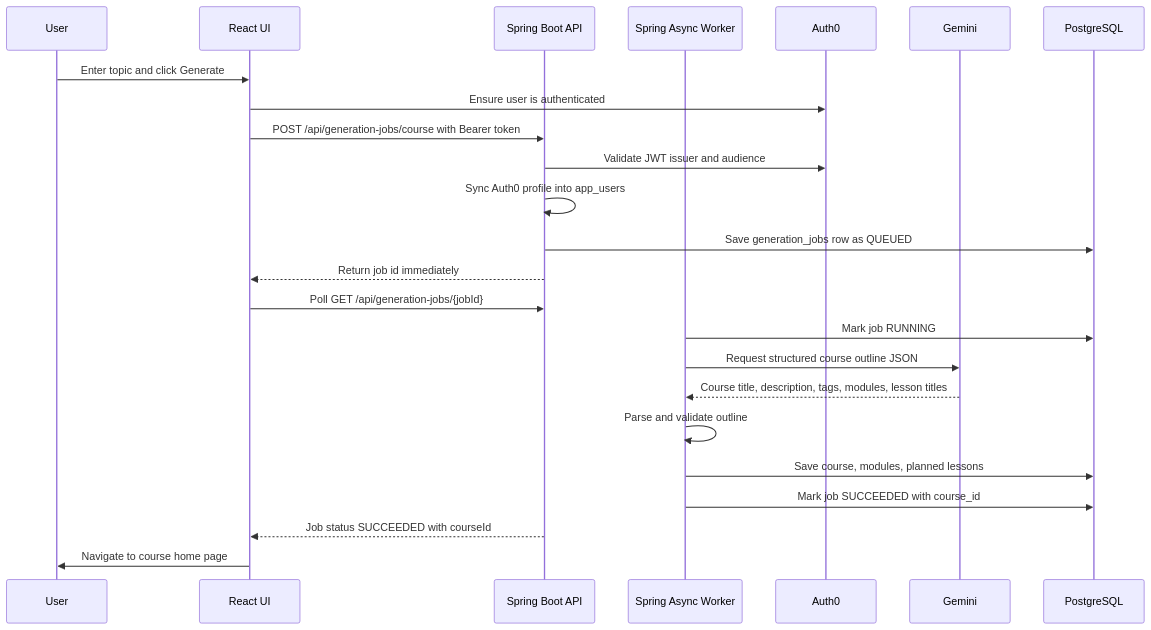
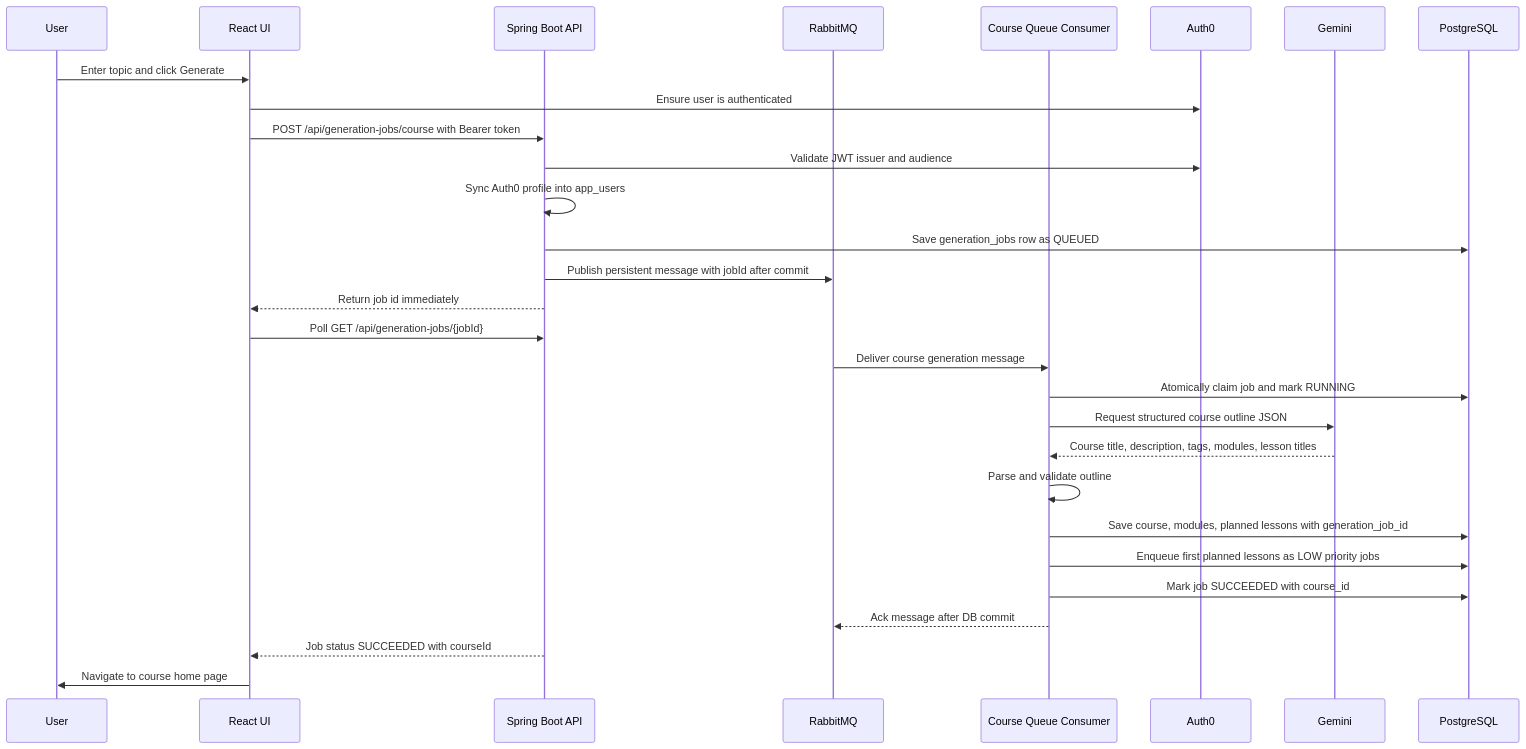
The second of 8 diagrams in README.md (abhinav1karthik/Text-to-Learn-AI), drawn with Mermaid before and after one commit. The commit also changed other lines of this file, not shown here.

Commit message:
Document queue-backed generation architecture

````diff
--- a/README.md
+++ b/README.md
@@ -75,27 +81,32 @@
 ```mermaid
 sequenceDiagram
     participant U as User
     participant UI as React UI
     participant API as Spring Boot API
-    participant W as Spring Async Worker
+    participant MQ as RabbitMQ
+    participant W as Course Queue Consumer
     participant A0 as Auth0
     participant G as Gemini
     participant DB as PostgreSQL
 
     U->>UI: Enter topic and click Generate
     UI->>A0: Ensure user is authenticated
     UI->>API: POST /api/generation-jobs/course with Bearer token
     API->>A0: Validate JWT issuer and audience
     API->>API: Sync Auth0 profile into app_users
     API->>DB: Save generation_jobs row as QUEUED
+    API->>MQ: Publish persistent message with jobId after commit
     API-->>UI: Return job id immediately
     UI->>API: Poll GET /api/generation-jobs/{jobId}
-    W->>DB: Mark job RUNNING
+    MQ->>W: Deliver course generation message
+    W->>DB: Atomically claim job and mark RUNNING
     W->>G: Request structured course outline JSON
     G-->>W: Course title, description, tags, modules, lesson titles
     W->>W: Parse and validate outline
-    W->>DB: Save course, modules, planned lessons
+    W->>DB: Save course, modules, planned lessons with generation_job_id
+    W->>DB: Enqueue first planned lessons as LOW priority jobs
     W->>DB: Mark job SUCCEEDED with course_id
+    W-->>MQ: Ack message after DB commit
     API-->>UI: Job status SUCCEEDED with courseId
     UI->>U: Navigate to course home page
 ```
````
